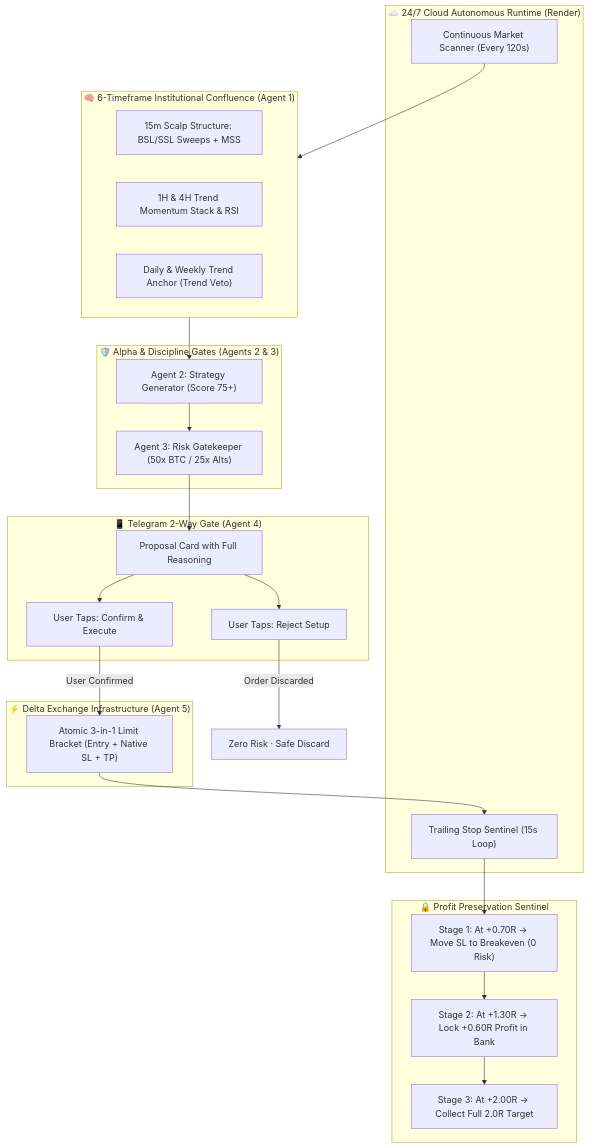
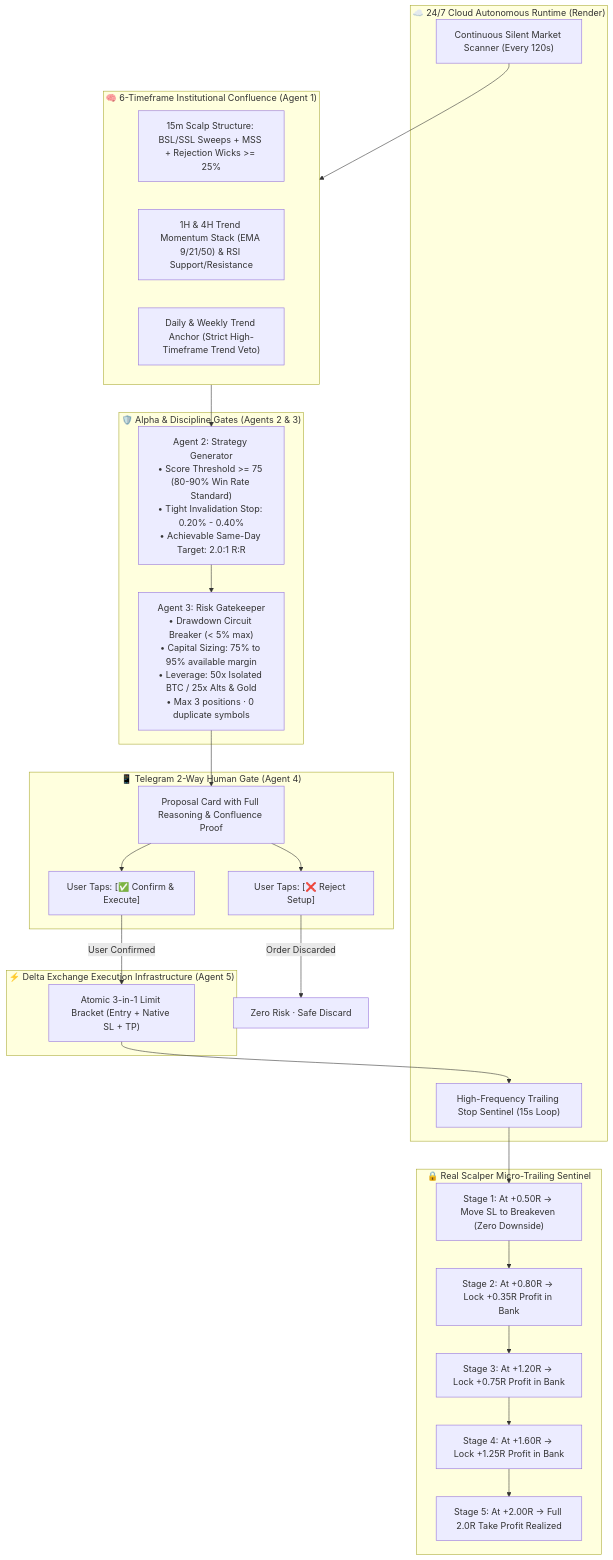
One commit to mohitxhkr/Multi_agent_trading_bot changed the diagram in README.md. Above: the diagram before and after it, drawn with Mermaid. The commit also changed other lines of this file, not shown here.

Commit message:
docs: update README with rapid scalper trailing rules, micro stop loss bounds, and silent mode

````diff
--- a/README.md
+++ b/README.md
@@ -36,47 +36,51 @@
 ```mermaid
 flowchart TD
     subgraph Cloud ["☁️ 24/7 Cloud Autonomous Runtime (Render)"]
-        Scanner["Continuous Market Scanner (Every 120s)"]
-        Sentinel["Trailing Stop Sentinel (15s Loop)"]
+        Scanner["Continuous Silent Market Scanner (Every 120s)"]
+        Sentinel["High-Frequency Trailing Stop Sentinel (15s Loop)"]
     end
 
     subgraph Analyst ["🧠 6-Timeframe Institutional Confluence (Agent 1)"]
-        M15["15m Scalp Structure: BSL/SSL Sweeps + MSS"]
-        H1_H4["1H & 4H Trend Momentum Stack & RSI"]
-        D1_W1["Daily & Weekly Trend Anchor (Trend Veto)"]
+        M15["15m Scalp Structure: BSL/SSL Sweeps + MSS + Rejection Wicks >= 25%"]
+        H1_H4["1H & 4H Trend Momentum Stack (EMA 9/21/50) & RSI Support/Resistance"]
+        D1_W1["Daily & Weekly Trend Anchor (Strict High-Timeframe Trend Veto)"]
     end
 
     subgraph StrategyRisk ["🛡️ Alpha & Discipline Gates (Agents 2 & 3)"]
-        Strategy["Agent 2: Strategy Generator (Score 75+)"]
-        Risk["Agent 3: Risk Gatekeeper (50x BTC / 25x Alts)"]
+        Strategy["Agent 2: Strategy Generator<br/>• Score Threshold >= 75 (80-90% Win Rate Standard)<br/>• Tight Invalidation Stop: 0.20% - 0.40%<br/>• Achievable Same-Day Target: 2.0:1 R:R"]
+        Risk["Agent 3: Risk Gatekeeper<br/>• Drawdown Circuit Breaker (< 5% max)<br/>• Capital Sizing: 75% to 95% available margin<br/>• Leverage: 50x Isolated BTC / 25x Alts & Gold<br/>• Max 3 positions · 0 duplicate symbols"]
     end
 
-    subgraph TelegramGate ["📱 Telegram 2-Way Gate (Agent 4)"]
-        TG["Proposal Card with Full Reasoning"]
-        Confirm["User Taps: Confirm & Execute"]
-        Reject["User Taps: Reject Setup"]
+    subgraph TelegramGate ["📱 Telegram 2-Way Human Gate (Agent 4)"]
+        TG["Proposal Card with Full Reasoning & Confluence Proof"]
+        Confirm["User Taps: [✅ Confirm & Execute]"]
+        Reject["User Taps: [❌ Reject Setup]"]
     end
 
-    subgraph ExecutionBroker ["⚡ Delta Exchange Infrastructure (Agent 5)"]
+    subgraph ExecutionBroker ["⚡ Delta Exchange Execution Infrastructure (Agent 5)"]
         Delta["Atomic 3-in-1 Limit Bracket (Entry + Native SL + TP)"]
     end
 
-    subgraph TrailingShield ["🔒 Profit Preservation Sentinel"]
-        BE["Stage 1: At +0.70R -> Move SL to Breakeven (0 Risk)"]
-        Lock["Stage 2: At +1.30R -> Lock +0.60R Profit in Bank"]
-        Target["Stage 3: At +2.00R -> Collect Full 2.0R Target"]
+    subgraph TrailingShield ["🔒 Real Scalper Micro-Trailing Sentinel"]
+        M1["Stage 1: At +0.50R -> Move SL to Breakeven (Zero Downside)"]
+        M2["Stage 2: At +0.80R -> Lock +0.35R Profit in Bank"]
+        M3["Stage 3: At +1.20R -> Lock +0.75R Profit in Bank"]
+        M4["Stage 4: At +1.60R -> Lock +1.25R Profit in Bank"]
+        M5["Stage 5: At +2.00R -> Full 2.0R Take Profit Realized"]
     end
 
     Scanner --> Analyst
     Analyst --> Strategy
     Strategy --> Risk
     Risk --> TG
     TG --> Confirm
     TG --> Reject
     Reject -->|Order Discarded| Cancelled["Zero Risk · Safe Discard"]
     Confirm -->|User Confirmed| Delta
     Delta --> Sentinel
-    Sentinel --> BE
-    BE --> Lock
-    Lock --> Target
+    Sentinel --> M1
+    M1 --> M2
+    M2 --> M3
+    M3 --> M4
+    M4 --> M5
 ```
````
